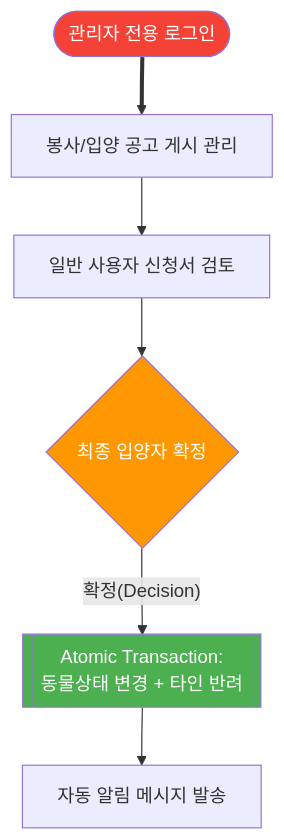
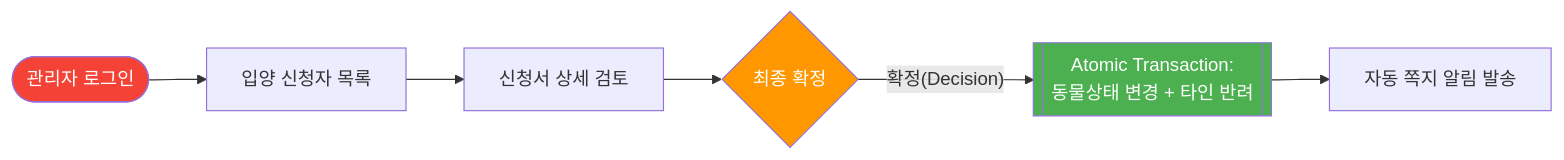
Before and after one commit to KJH-Portfolio/202511-stray-dog-volunteer: the third of 3 diagrams in README.md, drawn with Mermaid. The commit also changed other lines of this file, not shown here.

````diff
--- a/README.md
+++ b/README.md
@@ -186,12 +190,12 @@
   ```mermaid
-  flowchart TD
-      A1([관리자 전용 로그인]) ==> A2[봉사/입양 공고 게시 관리]
-      A2 --> A3[일반 사용자 신청서 검토]
-      A3 --> A4{최종 입양자 확정}
+  flowchart LR
+      A1([관리자 로그인]) --> A2[입양 신청자 목록]
+      A2 --> A3[신청서 상세 검토]
+      A3 --> A4{최종 확정}
       A4 -- "확정(Decision)" --> A5[[Atomic Transaction:\n동물상태 변경 + 타인 반려]]
-      A5 --> A6[자동 알림 메시지 발송]
+      A5 --> A6[자동 쪽지 알림 발송]
 
       style A1 fill:#F44336,color:#fff
       style A4 fill:#FF9800,color:#fff
       style A5 fill:#4CAF50,color:#fff
   ```
````
